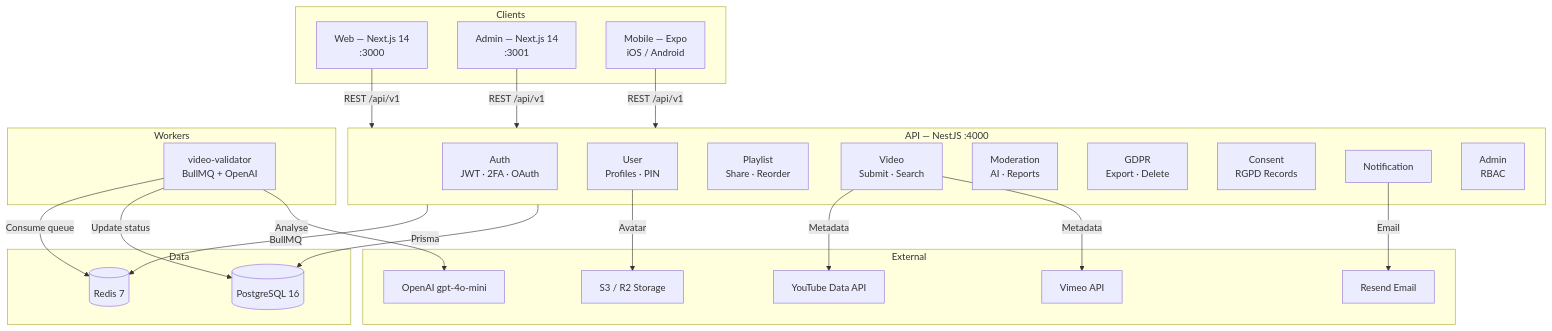
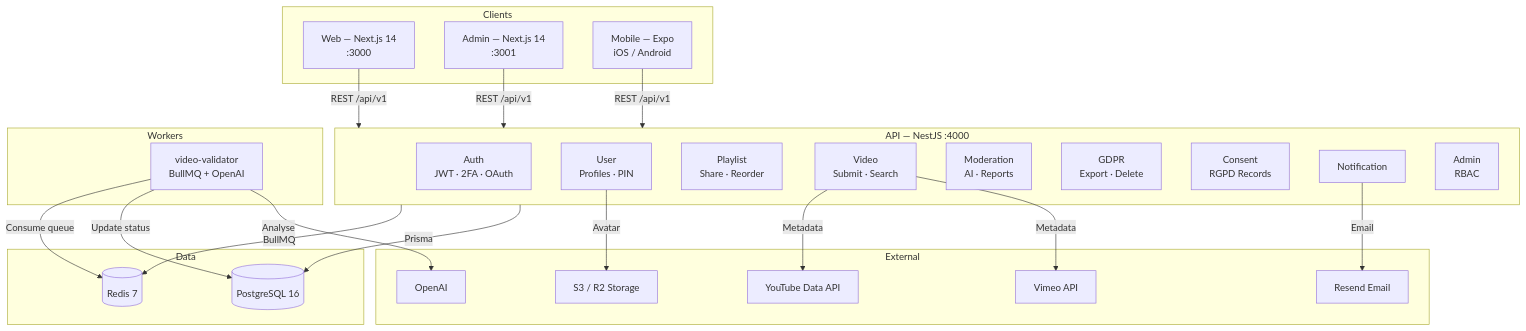
Before and after one commit to bouaziziw/nourplay: the diagram in README.md, drawn with Mermaid. The commit also changed other lines of this file and 247 other files, not shown here.

````diff
--- a/README.md
+++ b/README.md
@@ -81,47 +81,47 @@
 ```mermaid
 graph TB
   subgraph Clients
     W[Web — Next.js 14<br/>:3000]
     A[Admin — Next.js 14<br/>:3001]
     M[Mobile — Expo<br/>iOS / Android]
   end
 
   subgraph API["API — NestJS :4000"]
     Auth[Auth<br/>JWT · 2FA · OAuth]
     Users[User<br/>Profiles · PIN]
     Playlists[Playlist<br/>Share · Reorder]
     Videos[Video<br/>Submit · Search]
     Moderation[Moderation<br/>AI · Reports]
     GDPR[GDPR<br/>Export · Delete]
     Consent[Consent<br/>RGPD Records]
     Notifications[Notification]
     AdminMod[Admin<br/>RBAC]
   end
 
   subgraph Workers
     VV[video-validator<br/>BullMQ + OpenAI]
   end
 
   subgraph Data
     PG[(PostgreSQL 16)]
     RD[(Redis 7)]
   end
 
   subgraph External
     YT[YouTube Data API]
     VM[Vimeo API]
-    AI[OpenAI gpt-4o-mini]
+    AI[OpenAI]
     EM[Resend Email]
     S3[S3 / R2 Storage]
   end
 
   W & A & M -->|REST /api/v1| API
   API -->|BullMQ| RD
   API -->|Prisma| PG
   VV -->|Consume queue| RD
   VV -->|Update status| PG
   VV -->|Analyse| AI
   Videos -->|Metadata| YT & VM
   Notifications -->|Email| EM
   Users -->|Avatar| S3
 ```
````
